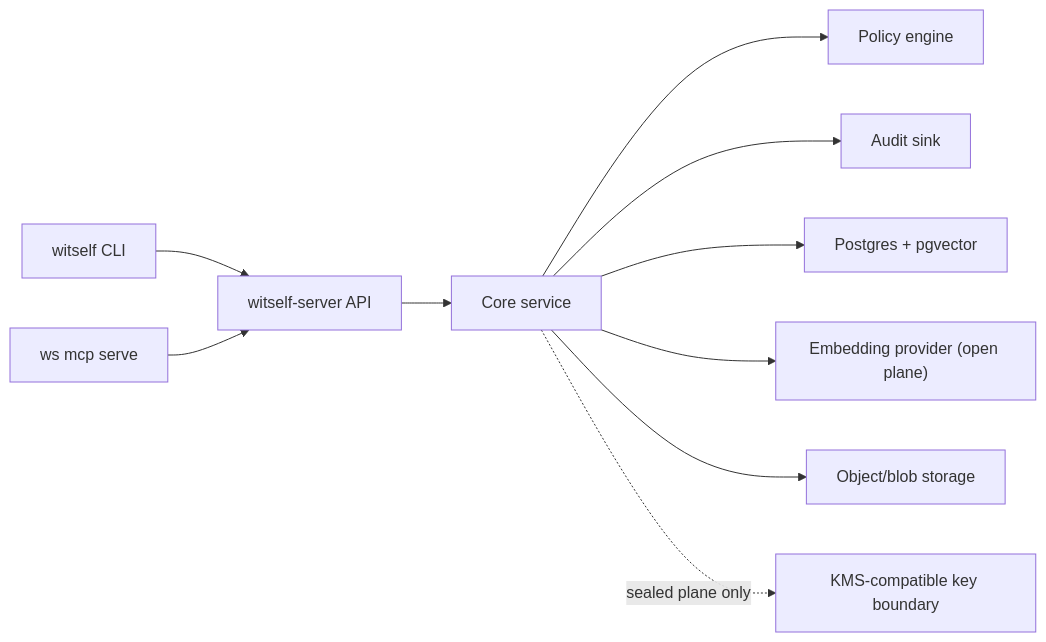
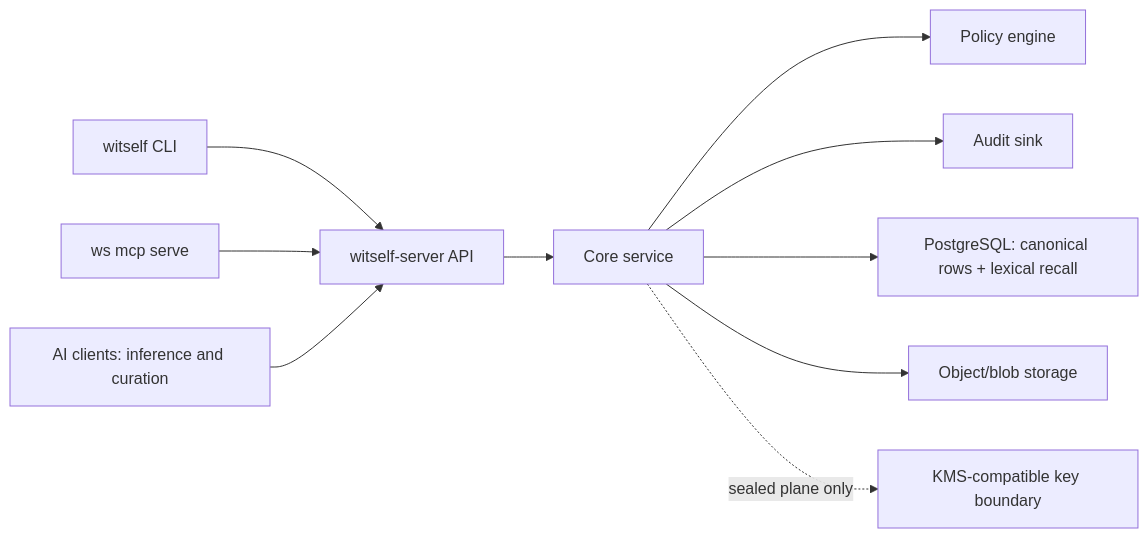
Before and after one commit to witwave-ai/witself: the diagram in docs/self-hosting.md, drawn with Mermaid. The commit also changed other lines of this file and 186 other files, not shown here.

````diff
--- a/docs/self-hosting.md
+++ b/docs/self-hosting.md
@@ -57,12 +63,12 @@
 ```mermaid
 flowchart LR
   CLI["witself CLI"] --> API["witself-server API"]
   MCP["ws mcp serve"] --> API
   API --> Core["Core service"]
   Core --> Policy["Policy engine"]
   Core --> Audit["Audit sink"]
-  Core --> Store["Postgres + pgvector"]
-  Core --> Embed["Embedding provider (open plane)"]
+  Client["AI clients: inference and curation"] --> API
+  Core --> Store["PostgreSQL: canonical rows + lexical recall"]
   Core --> Blob["Object/blob storage"]
   Core -. "sealed plane only" .-> KMS["KMS-compatible key boundary"]
 ```
````
